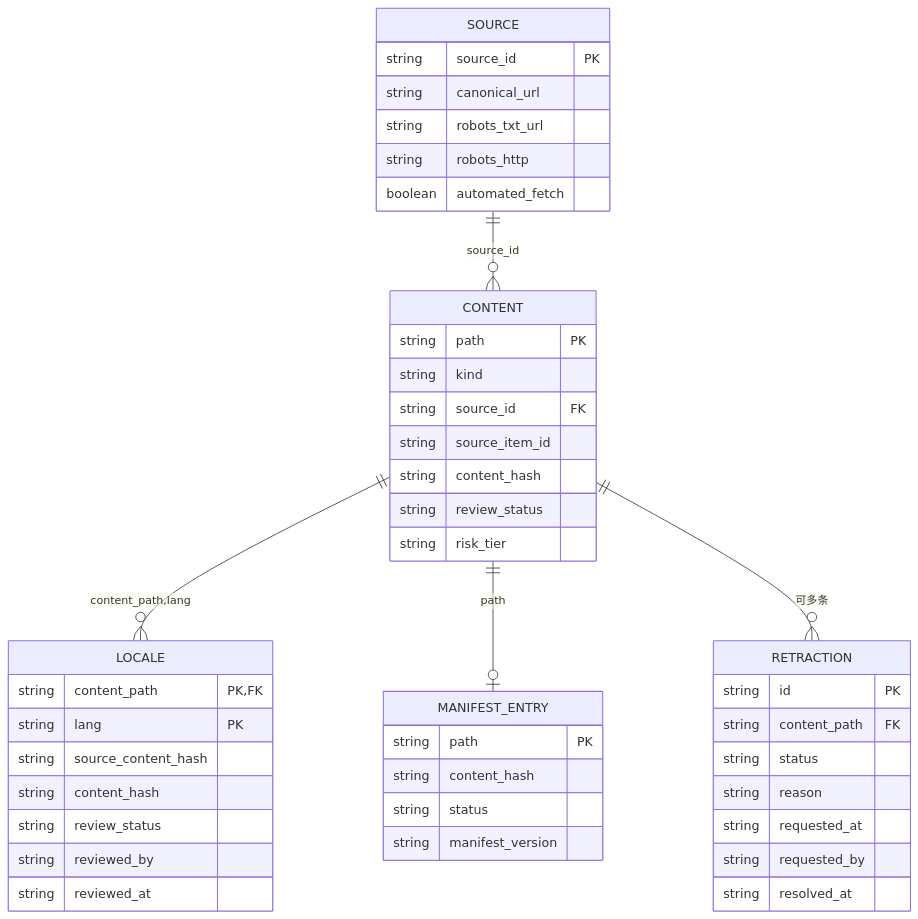
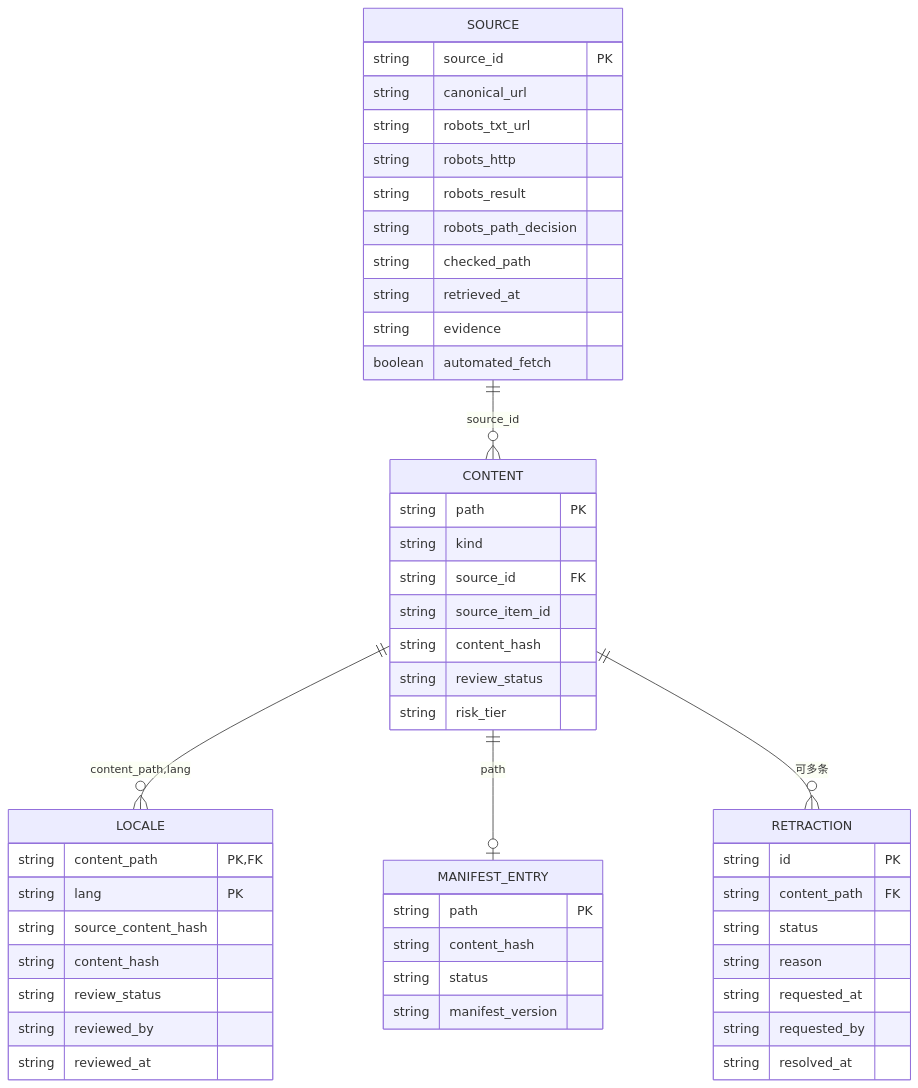
The first of 5 diagrams in docs/design.md (ariga39/momoko.pro), drawn with Mermaid before and after one commit. The commit also changed other lines of this file and 18 other files, not shown here.

````diff
--- a/docs/design.md
+++ b/docs/design.md
@@ -254,47 +261,52 @@
 ```mermaid
 erDiagram
   SOURCE ||--o{ CONTENT : "source_id"
   CONTENT ||--o{ LOCALE : "content_path,lang"
   CONTENT ||--o| MANIFEST_ENTRY : "path"
   CONTENT ||--o{ RETRACTION : "可多条"
   SOURCE {
     string source_id PK
     string canonical_url
     string robots_txt_url
     string robots_http
+    string robots_result
+    string robots_path_decision
+    string checked_path
+    string retrieved_at
+    string evidence
     boolean automated_fetch
   }
   CONTENT {
     string path PK
     string kind
     string source_id FK
     string source_item_id
     string content_hash
     string review_status
     string risk_tier
   }
   LOCALE {
     string content_path PK, FK
     string lang PK
     string source_content_hash
     string content_hash
     string review_status
     string reviewed_by
     string reviewed_at
   }
   MANIFEST_ENTRY {
     string path PK
     string content_hash
     string status
     string manifest_version
   }
   RETRACTION {
     string id PK
     string content_path FK
     string status
     string reason
     string requested_at
     string requested_by
     string resolved_at
   }
 ```
````
